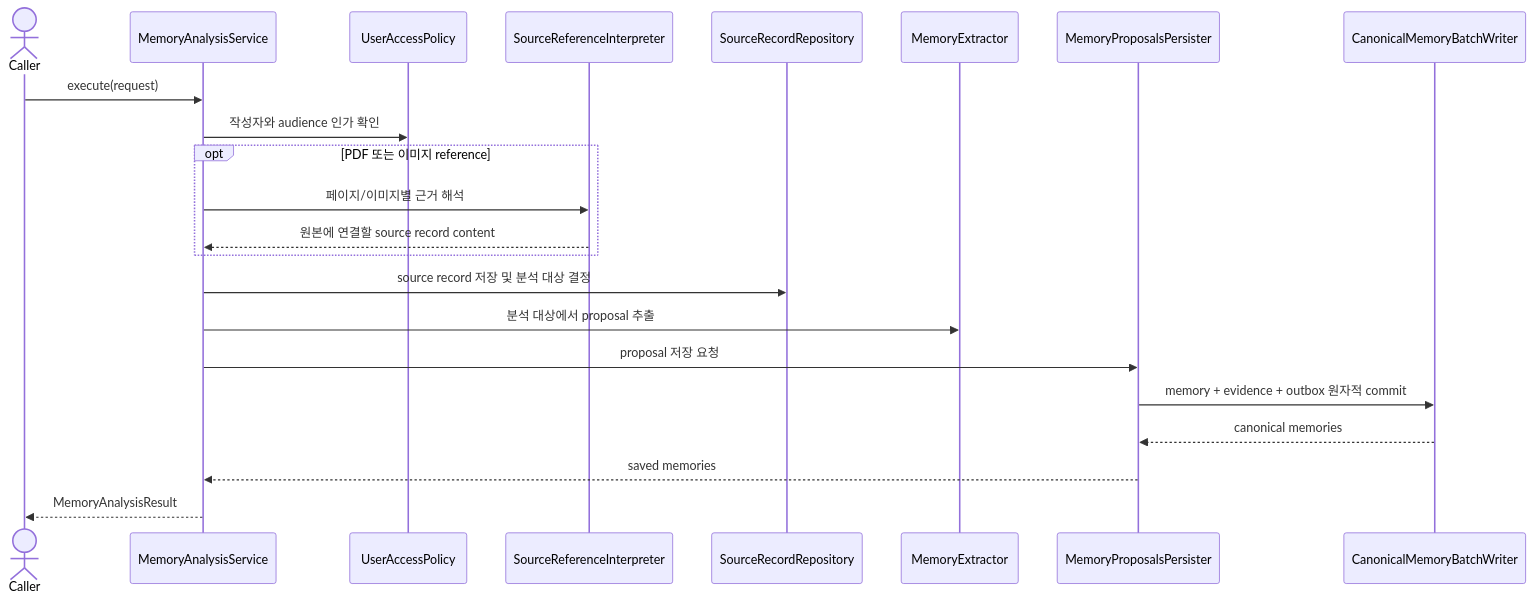
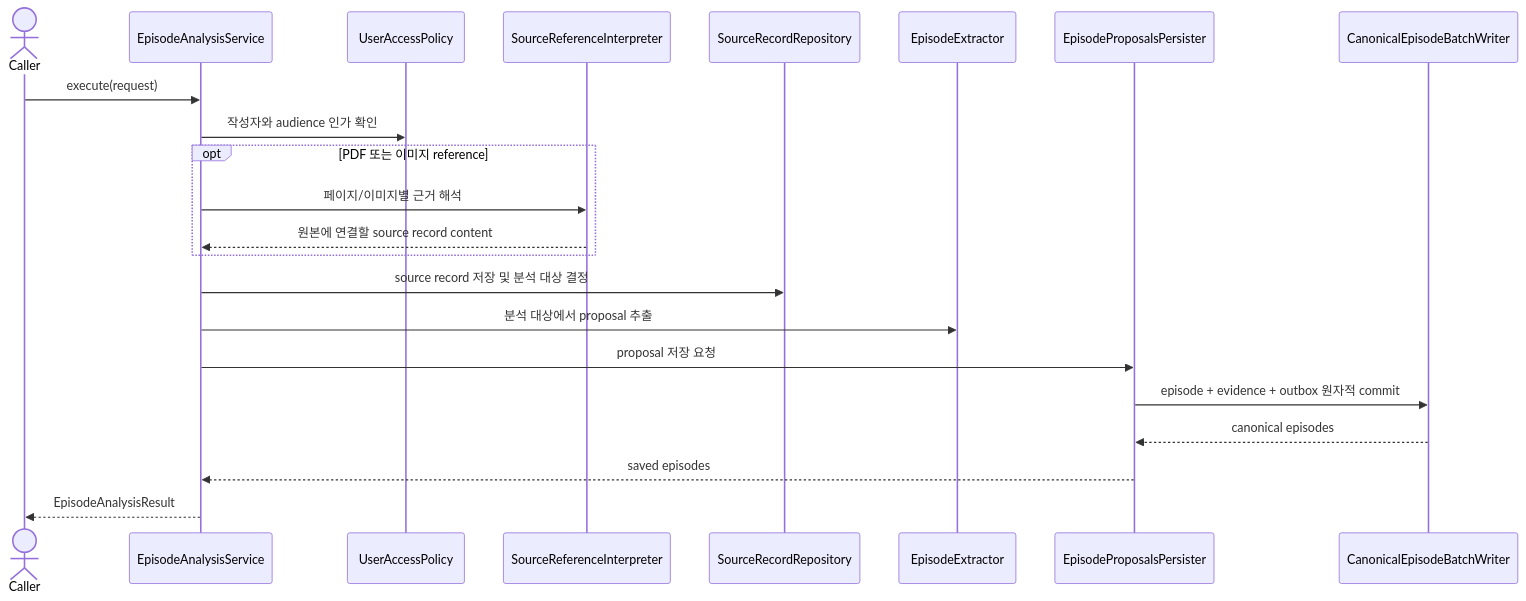
Before and after one commit to magenta1223/home_assistant: the first of 2 diagrams in application/src/main/kotlin/com/homeassistant/application/usecase/README.md, drawn with Mermaid. The commit also changed other lines of this file and 321 other files, not shown here.

Commit message:
Rename Memory to Episode and Topic to Component

````diff
--- a/application/src/main/kotlin/com/homeassistant/application/usecase/README.md
+++ b/application/src/main/kotlin/com/homeassistant/application/usecase/README.md
@@ -20,25 +20,25 @@
 ```mermaid
 sequenceDiagram
     actor Caller
-    participant Analysis as MemoryAnalysisService
+    participant Analysis as EpisodeAnalysisService
     participant Access as UserAccessPolicy
     participant Reference as SourceReferenceInterpreter
     participant Sources as SourceRecordRepository
-    participant Extractor as MemoryExtractor
-    participant Writer as MemoryProposalsPersister
-    participant DB as CanonicalMemoryBatchWriter
+    participant Extractor as EpisodeExtractor
+    participant Writer as EpisodeProposalsPersister
+    participant DB as CanonicalEpisodeBatchWriter
 
     Caller->>Analysis: execute(request)
     Analysis->>Access: 작성자와 audience 인가 확인
     opt PDF 또는 이미지 reference
         Analysis->>Reference: 페이지/이미지별 근거 해석
         Reference-->>Analysis: 원본에 연결할 source record content
     end
     Analysis->>Sources: source record 저장 및 분석 대상 결정
     Analysis->>Extractor: 분석 대상에서 proposal 추출
     Analysis->>Writer: proposal 저장 요청
-    Writer->>DB: memory + evidence + outbox 원자적 commit
-    DB-->>Writer: canonical memories
-    Writer-->>Analysis: saved memories
-    Analysis-->>Caller: MemoryAnalysisResult
+    Writer->>DB: episode + evidence + outbox 원자적 commit
+    DB-->>Writer: canonical episodes
+    Writer-->>Analysis: saved episodes
+    Analysis-->>Caller: EpisodeAnalysisResult
 ```
````
